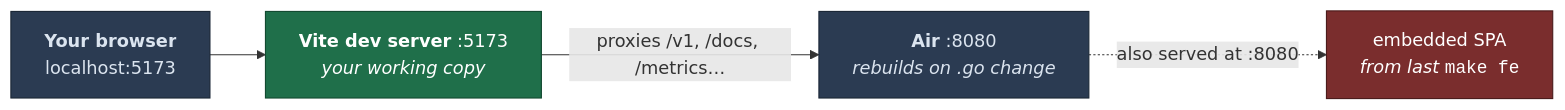
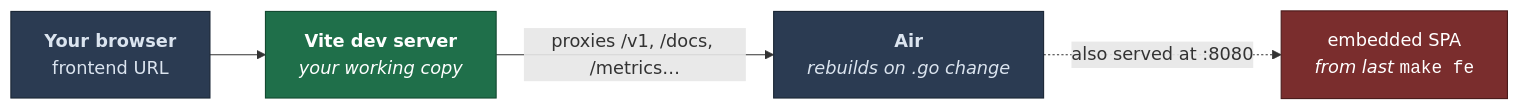
The diagram in docs/dev/dev-loop.md (loomarr/loomarr), drawn with Mermaid before and after one commit. The commit also changed other lines of this file and 20 other files, not shown here.

````diff
--- a/docs/dev/dev-loop.md
+++ b/docs/dev/dev-loop.md
@@ -14,18 +13,18 @@
 ```mermaid
 graph LR
-  B["<b>Your browser</b><br/>localhost:5173"]
-  V["<b>Vite dev server</b> :5173<br/><i>your working copy</i>"]
-  A["<b>Air</b> :8080<br/><i>rebuilds on .go change</i>"]
+  B["<b>Your browser</b><br/>frontend URL"]
+  V["<b>Vite dev server</b><br/><i>your working copy</i>"]
+  A["<b>Air</b><br/><i>rebuilds on .go change</i>"]
   E["embedded SPA<br/><i>from last</i> <code>make fe</code>"]
 
   B --> V
   V -->|"proxies /v1, /docs, /metrics…"| A
   A -.->|"also served at :8080"| E
 
   classDef good fill:#1f6f4a,stroke:#134a31,color:#fff
   classDef warn fill:#7a2d2d,stroke:#4a1b1b,color:#fff
   classDef norm fill:#2b3b52,stroke:#1b2736,color:#dbe4ef
   class V good
   class E warn
   class B,A norm
 ```
````
